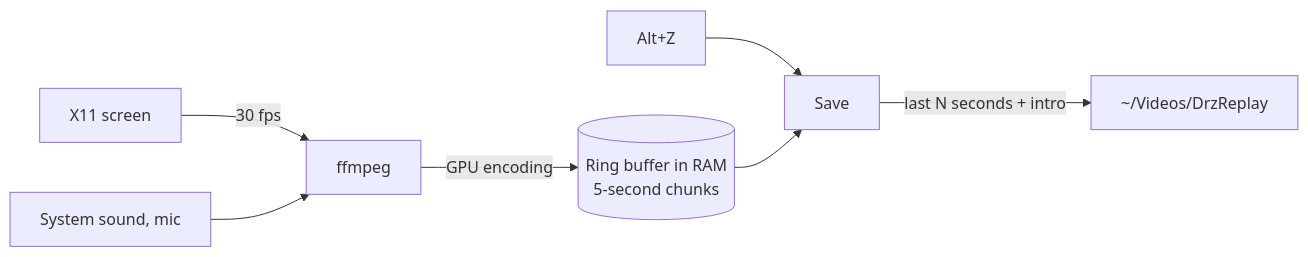
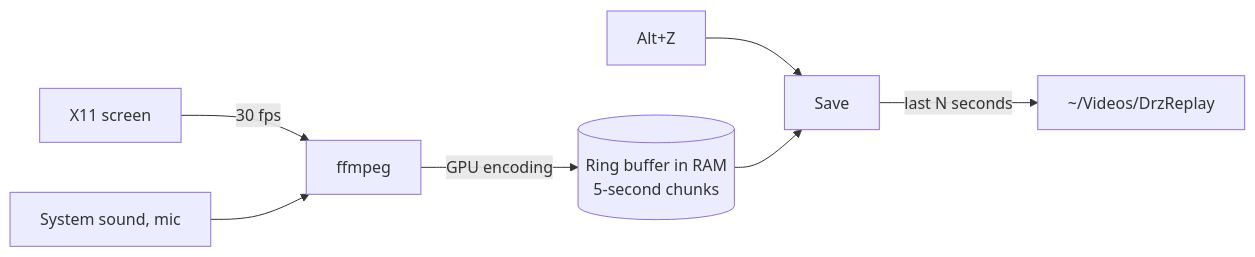
Before and after one commit to upidddd/drzreplay: the diagram in README.md, drawn with Mermaid. The commit also changed other lines of this file and 1 other file, not shown here.

Commit message:
README: drop the intro section

````diff
--- a/README.md
+++ b/README.md
@@ -85,9 +80,9 @@
 ```mermaid
 flowchart LR
     A["X11 screen"] -->|"30 fps"| F["ffmpeg"]
     S["System sound, mic"] --> F
     F -->|"GPU encoding"| R[("Ring buffer in RAM<br>5-second chunks")]
     K["Alt+Z"] --> V["Save"]
     R --> V
-    V -->|"last N seconds + intro"| O["~/Videos/DrzReplay"]
+    V -->|"last N seconds"| O["~/Videos/DrzReplay"]
 ```
````
